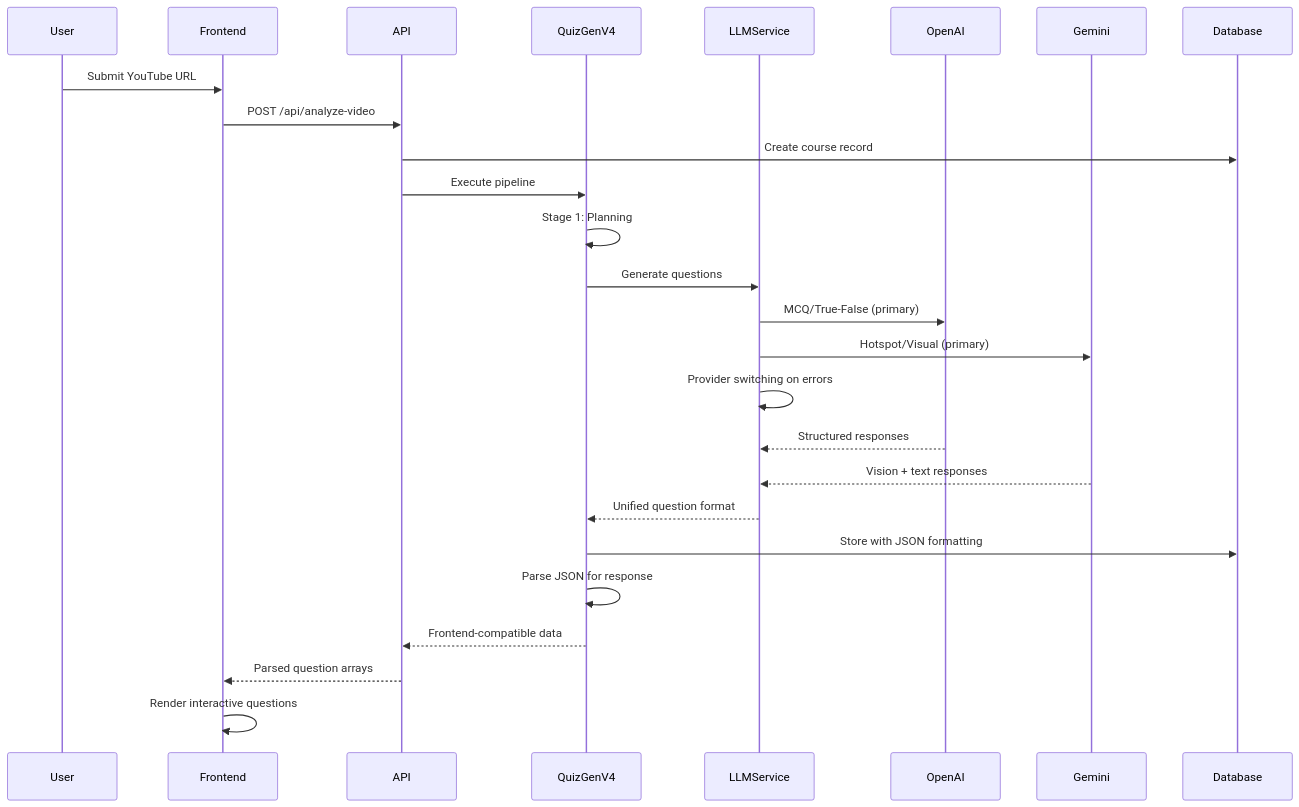
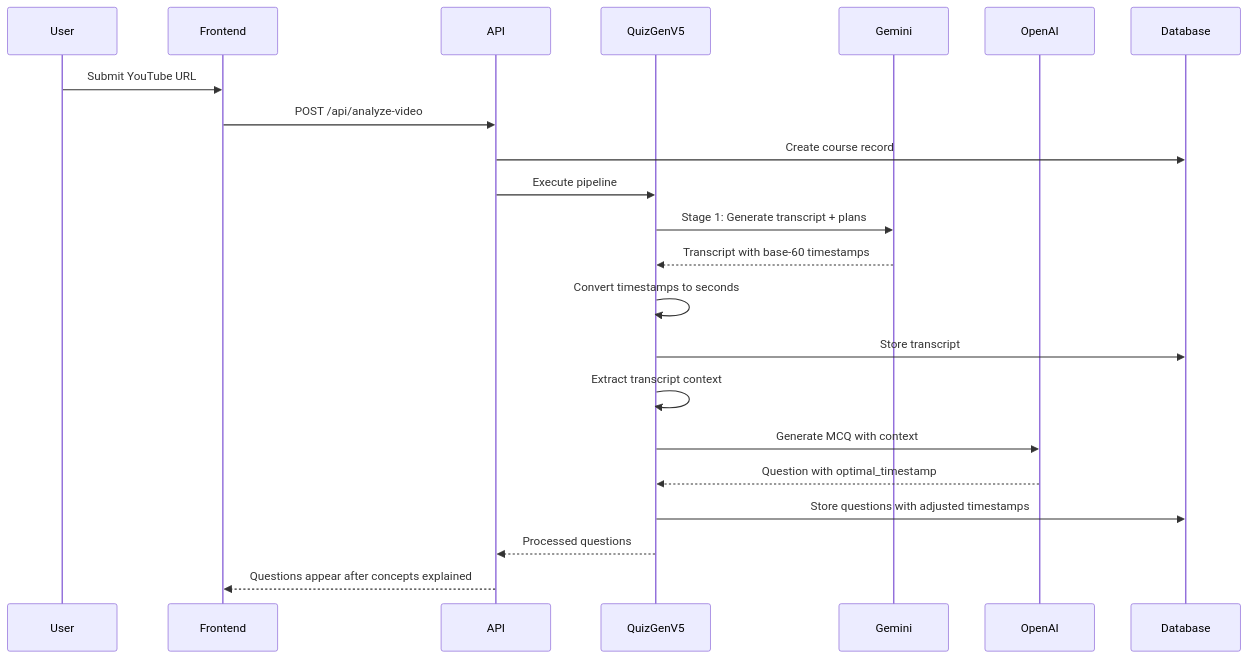
Before and after one commit to jfuginay/coursebuild: the second of 2 diagrams in COURSE_GENERATION_PIPELINE.md, drawn with Mermaid. The commit also changed other lines of this file and 24 other files, not shown here.

````diff
--- a/COURSE_GENERATION_PIPELINE.md
+++ b/COURSE_GENERATION_PIPELINE.md
@@ -156,33 +203,28 @@
 ```mermaid
 sequenceDiagram
     participant User
     participant Frontend
     participant API
-    participant QuizGenV4
-    participant LLMService
+    participant QuizGenV5
+    participant Gemini
     participant OpenAI
-    participant Gemini
     participant Database
     
     User->>Frontend: Submit YouTube URL
     Frontend->>API: POST /api/analyze-video
     API->>Database: Create course record
-    API->>QuizGenV4: Execute pipeline
+    API->>QuizGenV5: Execute pipeline
     
-    QuizGenV4->>QuizGenV4: Stage 1: Planning
-    QuizGenV4->>LLMService: Generate questions
+    QuizGenV5->>Gemini: Stage 1: Generate transcript + plans
+    Gemini-->>QuizGenV5: Transcript with base-60 timestamps
+    QuizGenV5->>QuizGenV5: Convert timestamps to seconds
+    QuizGenV5->>Database: Store transcript
     
-    LLMService->>OpenAI: MCQ/True-False (primary)
-    LLMService->>Gemini: Hotspot/Visual (primary)
-    LLMService->>LLMService: Provider switching on errors
+    QuizGenV5->>QuizGenV5: Extract transcript context
+    QuizGenV5->>OpenAI: Generate MCQ with context
+    OpenAI-->>QuizGenV5: Question with optimal_timestamp
     
-    OpenAI-->>LLMService: Structured responses
-    Gemini-->>LLMService: Vision + text responses
-    
-    LLMService-->>QuizGenV4: Unified question format
-    QuizGenV4->>Database: Store with JSON formatting
-    QuizGenV4->>QuizGenV4: Parse JSON for response
-    QuizGenV4-->>API: Frontend-compatible data
-    API-->>Frontend: Parsed question arrays
-    Frontend->>Frontend: Render interactive questions
+    QuizGenV5->>Database: Store questions with adjusted timestamps
+    QuizGenV5-->>API: Processed questions
+    API-->>Frontend: Questions appear after concepts explained
 ```
````
